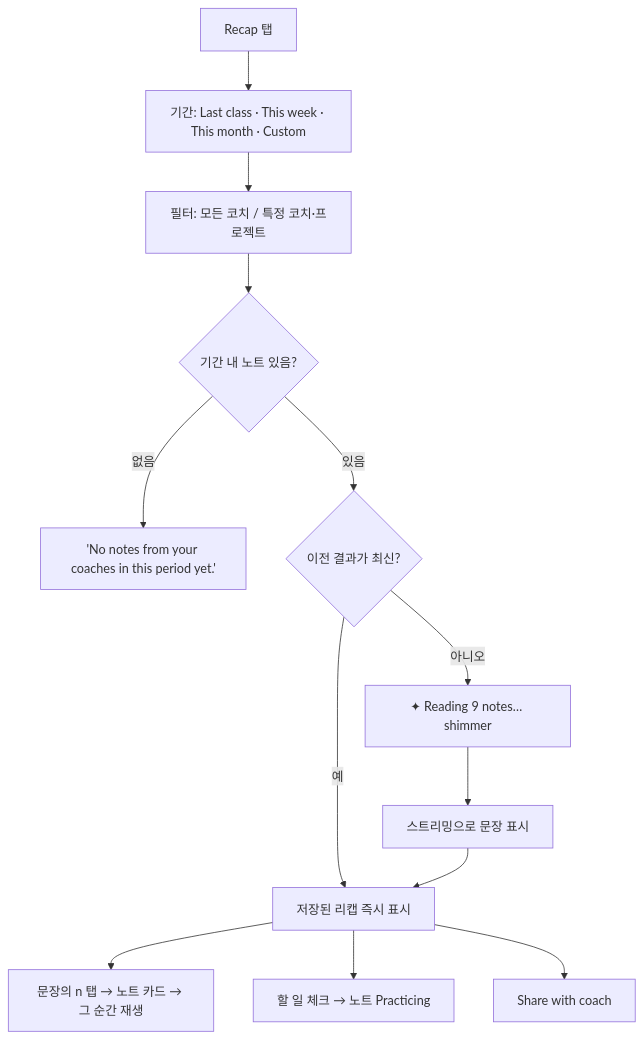
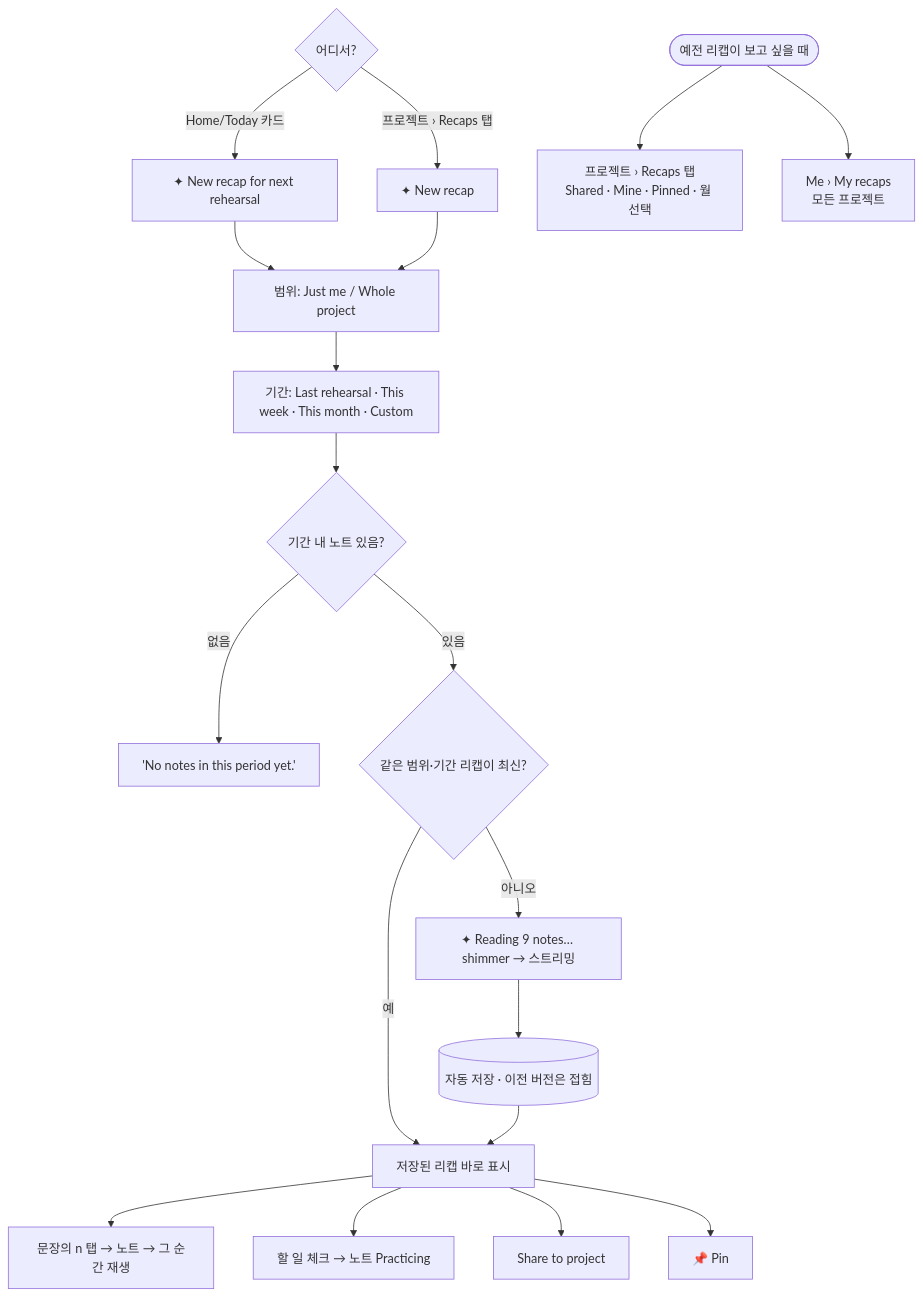
Before and after one commit to hope13710/dancerly: the sixth of 10 diagrams in docs/04-user-flows.md, drawn with Mermaid. The commit also changed other lines of this file and 10 other files, not shown here.

First line of the commit message:
Recaps live in projects, save themselves, and can be pinned

````diff
--- a/docs/04-user-flows.md
+++ b/docs/04-user-flows.md
@@ -144,15 +144,21 @@
 ```mermaid
 flowchart TD
-  A[Recap 탭] --> B[기간: Last class · This week · This month · Custom]
-  B --> C[필터: 모든 코치 / 특정 코치·프로젝트]
-  C --> D{기간 내 노트 있음?}
-  D -->|없음| E['No notes from your coaches in this period yet.']
-  D -->|있음| F{이전 결과가 최신?}
-  F -->|예| G[저장된 리캡 즉시 표시]
-  F -->|아니오| H[✦ Reading 9 notes… shimmer]
-  H --> I[스트리밍으로 문장 표시]
-  I --> G
-  G --> J[문장의 n 탭 → 노트 카드 → 그 순간 재생]
+  A{어디서?} -->|Home/Today 카드| B[✦ New recap for next rehearsal]
+  A -->|프로젝트 › Recaps 탭| B2[✦ New recap]
+  B --> C[범위: Just me / Whole project]
+  B2 --> C
+  C --> D[기간: Last rehearsal · This week · This month · Custom]
+  D --> E{기간 내 노트 있음?}
+  E -->|없음| E2['No notes in this period yet.']
+  E -->|있음| F{같은 범위·기간 리캡이 최신?}
+  F -->|예| G[저장된 리캡 바로 표시]
+  F -->|아니오| H[✦ Reading 9 notes… shimmer → 스트리밍]
+  H --> S[(자동 저장 · 이전 버전은 접힘)]
+  S --> G
+  G --> J[문장의 n 탭 → 노트 → 그 순간 재생]
   G --> K[할 일 체크 → 노트 Practicing]
-  G --> L[Share with coach]
+  G --> L[Share to project]
+  G --> P[📌 Pin]
+  R([예전 리캡이 보고 싶을 때]) --> R1[프로젝트 › Recaps 탭<br/>Shared · Mine · Pinned · 월 선택]
+  R --> R2[Me › My recaps<br/>모든 프로젝트]
 ```
````
